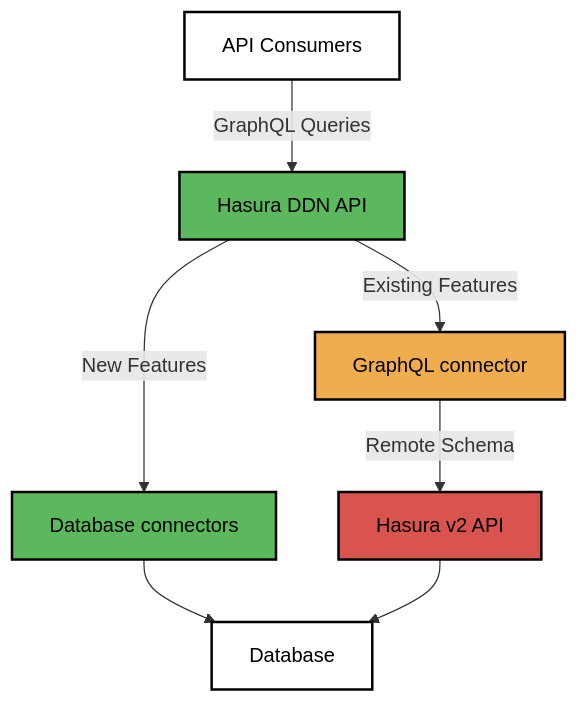
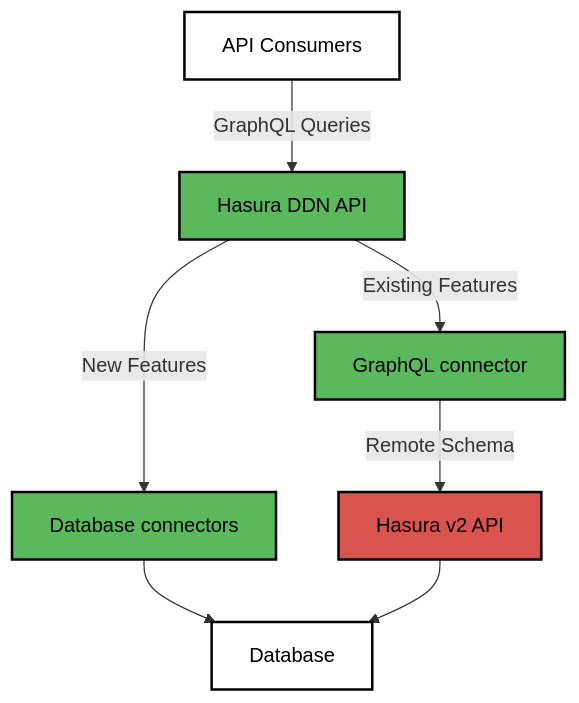
Before and after one commit to hasura/ddn-docs: the first of 3 diagrams in docs/upgrade/guide.mdx, drawn with Mermaid. The commit also changed other lines of this file, not shown here.

Commit message:
Change color

````diff
--- a/docs/upgrade/guide.mdx
+++ b/docs/upgrade/guide.mdx
@@ -51,15 +51,15 @@
 ```mermaid
 graph TD
     A[API Consumers] -->|GraphQL Queries| B[Hasura DDN API]
     B -->|New Features| C[Database connectors]
     B -->|Existing Features| D[GraphQL connector]
     D -->|Remote Schema| E[Hasura v2 API]
     C --> F[Database]
     E --> F
     style A fill:#ffffff,stroke:#000000,stroke-width:2px,color:#000000
     style B fill:#5cb85c,stroke:#000000,stroke-width:2px,color:#000000
     style C fill:#5cb85c,stroke:#000000,stroke-width:2px,color:#000000
-    style D fill:#f0ad4e,stroke:#000000,stroke-width:2px,color:#000000
+    style D fill:#5cb85c,stroke:#000000,stroke-width:2px,color:#000000
     style E fill:#d9534f,stroke:#000000,stroke-width:2px,color:#000000
     style F fill:#ffffff,stroke:#000000,stroke-width:2px,color:#000000
 ```
````
